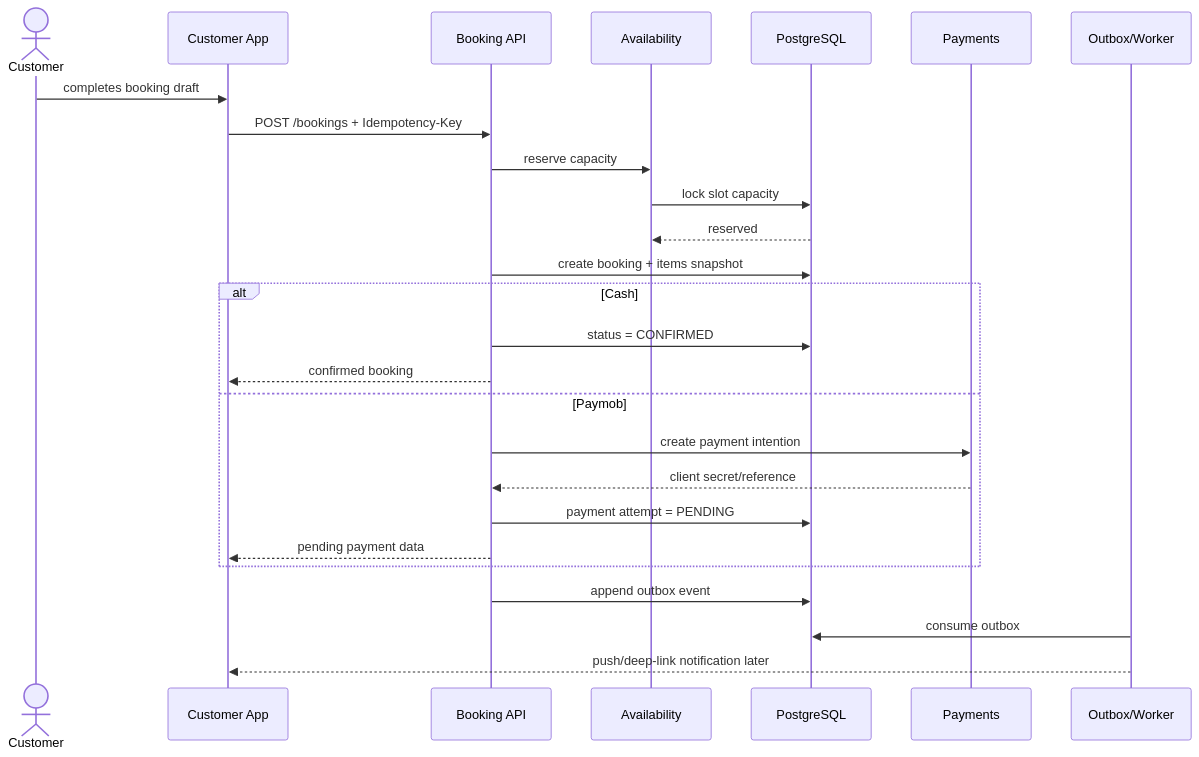
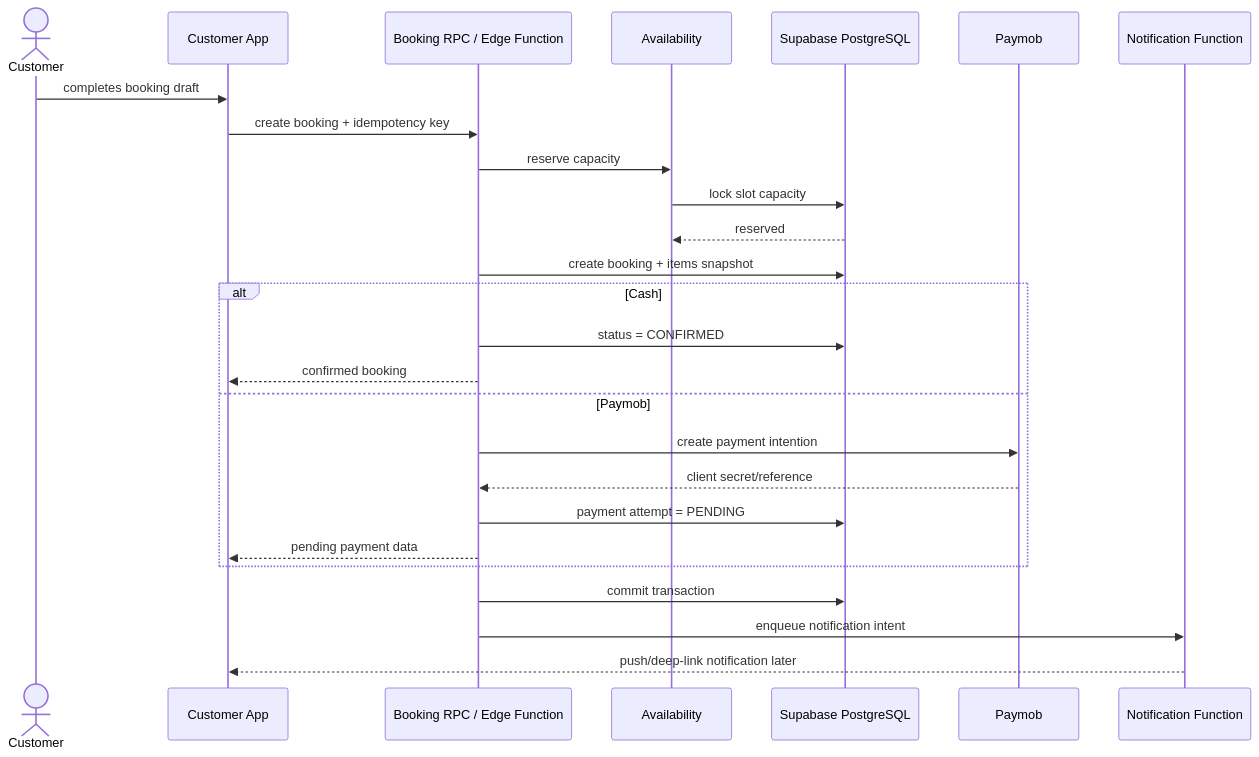
Before and after one commit to YoussefShawky0/bariq: the eighth of 14 diagrams in docs/BARIQ-ENGINEERING-PLAN.md, drawn with Mermaid. The commit also changed other lines of this file and 46 other files, not shown here.

First line of the commit message:
feat(app): add Supabase startup foundation (#2) (#3)

````diff
--- a/docs/BARIQ-ENGINEERING-PLAN.md
+++ b/docs/BARIQ-ENGINEERING-PLAN.md
@@ -557,29 +543,29 @@
 ```mermaid
 sequenceDiagram
     actor C as Customer
     participant App as Customer App
-    participant API as Booking API
+    participant Backend as Booking RPC / Edge Function
     participant Av as Availability
-    participant DB as PostgreSQL
-    participant Pay as Payments
-    participant Q as Outbox/Worker
+    participant DB as Supabase PostgreSQL
+    participant Pay as Paymob
+    participant Notify as Notification Function
 
     C->>App: completes booking draft
-    App->>API: POST /bookings + Idempotency-Key
-    API->>Av: reserve capacity
+    App->>Backend: create booking + idempotency key
+    Backend->>Av: reserve capacity
     Av->>DB: lock slot capacity
     DB-->>Av: reserved
-    API->>DB: create booking + items snapshot
+    Backend->>DB: create booking + items snapshot
     alt Cash
-        API->>DB: status = CONFIRMED
-        API-->>App: confirmed booking
+        Backend->>DB: status = CONFIRMED
+        Backend-->>App: confirmed booking
     else Paymob
-        API->>Pay: create payment intention
-        Pay-->>API: client secret/reference
-        API->>DB: payment attempt = PENDING
-        API-->>App: pending payment data
+        Backend->>Pay: create payment intention
+        Pay-->>Backend: client secret/reference
+        Backend->>DB: payment attempt = PENDING
+        Backend-->>App: pending payment data
     end
-    API->>DB: append outbox event
-    Q->>DB: consume outbox
-    Q-->>App: push/deep-link notification later
+    Backend->>DB: commit transaction
+    Backend->>Notify: enqueue notification intent
+    Notify-->>App: push/deep-link notification later
 ```
````
